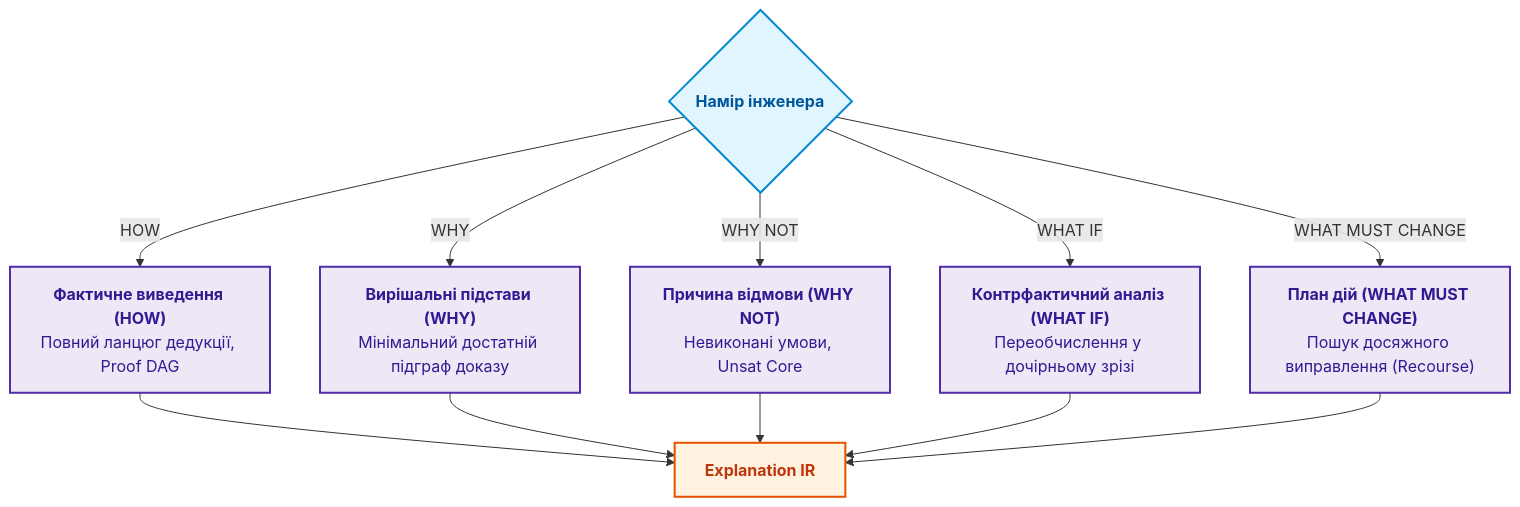
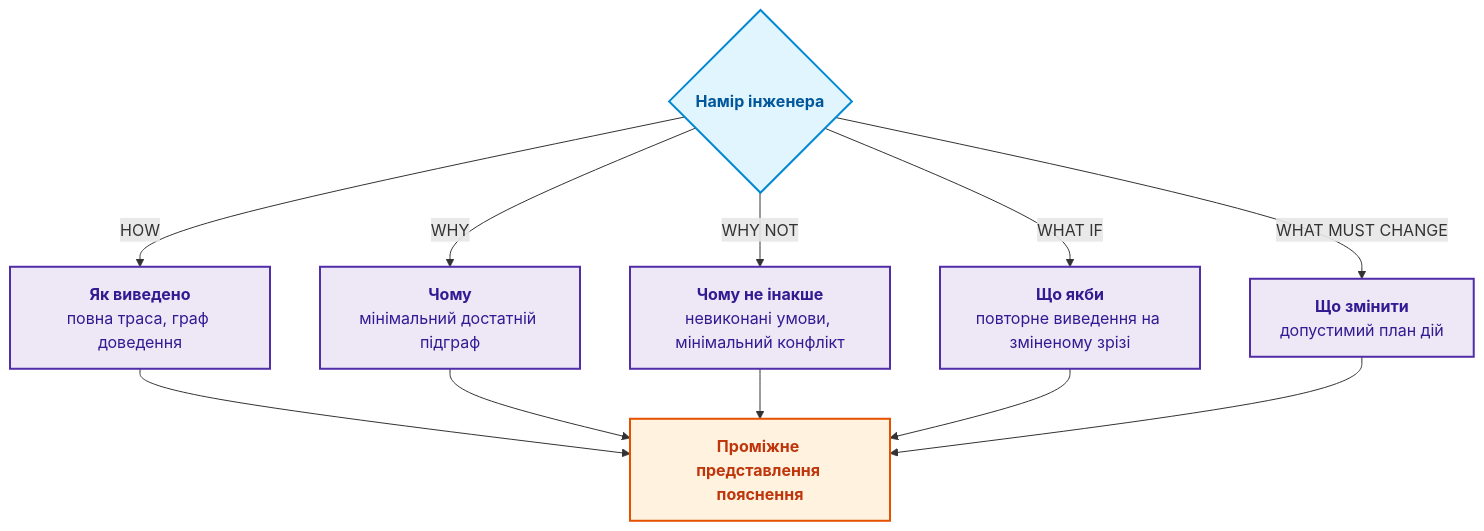
Before and after one commit to nick-fedchik/articles: the second of 6 diagrams in ExpertSystem/ch20-explanation-engine.md, drawn with Mermaid. The commit also changed other lines of this file, not shown here.

````diff
--- a/ExpertSystem/ch20-explanation-engine.md
+++ b/ExpertSystem/ch20-explanation-engine.md
@@ -86,26 +81,26 @@
 ```mermaid
 flowchart TD
-    accTitle: П'ять типів пояснювальних запитів до експертної системи
-    accDescr: Розподіл намірів користувача - HOW, WHY, WHY NOT, WHAT IF та WHAT MUST CHANGE, що транслюються в Explanation IR.
+    accTitle: П'ять типів пояснювальних запитів
+    accDescr: Намір інженера визначає тип запиту: HOW дає повну трасу, WHY мінімальний достатній підграф, WHY NOT мінімальний конфлікт, WHAT IF повторний прогін, WHAT MUST CHANGE допустимий план дій.
 
     U{"<b>Намір інженера</b>"}
-    U -->|HOW| H["<b>Фактичне виведення (HOW)</b><br/>Повний ланцюг дедукції, Proof DAG"]
-    U -->|WHY| W["<b>Вирішальні підстави (WHY)</b><br/>Мінімальний достатній підграф доказу"]
-    U -->|WHY NOT| N["<b>Причина відмови (WHY NOT)</b><br/>Невиконані умови, Unsat Core"]
-    U -->|WHAT IF| C["<b>Контрфактичний аналіз (WHAT IF)</b><br/>Переобчислення у дочірньому зрізі"]
-    U -->|WHAT MUST CHANGE| RC["<b>План дій (WHAT MUST CHANGE)</b><br/>Пошук досяжного виправлення (Recourse)"]
+    U -->|HOW| H["<b>Як виведено</b><br/>повна траса, граф доведення"]
+    U -->|WHY| W["<b>Чому</b><br/>мінімальний достатній підграф"]
+    U -->|WHY NOT| N["<b>Чому не інакше</b><br/>невиконані умови, мінімальний конфлікт"]
+    U -->|WHAT IF| C["<b>Що якби</b><br/>повторне виведення на зміненому зрізі"]
+    U -->|WHAT MUST CHANGE| RC["<b>Що змінити</b><br/>допустимий план дій"]
 
-    H --> EIR["<b>Explanation IR</b>"]
+    H --> EIR["<b>Проміжне представлення пояснення</b>"]
     W --> EIR
     N --> EIR
     C --> EIR
     RC --> EIR
 
     classDef query fill:#e1f5fe,stroke:#0288d1,stroke-width:2px,color:#01579b;
     classDef path fill:#ede7f6,stroke:#512da8,stroke-width:2px,color:#311b92;
     classDef ir fill:#fff3e0,stroke:#e65100,stroke-width:2px,color:#bf360c;
 
     class U query;
     class H,W,N,C,RC path;
     class EIR ir;
 ```
````
